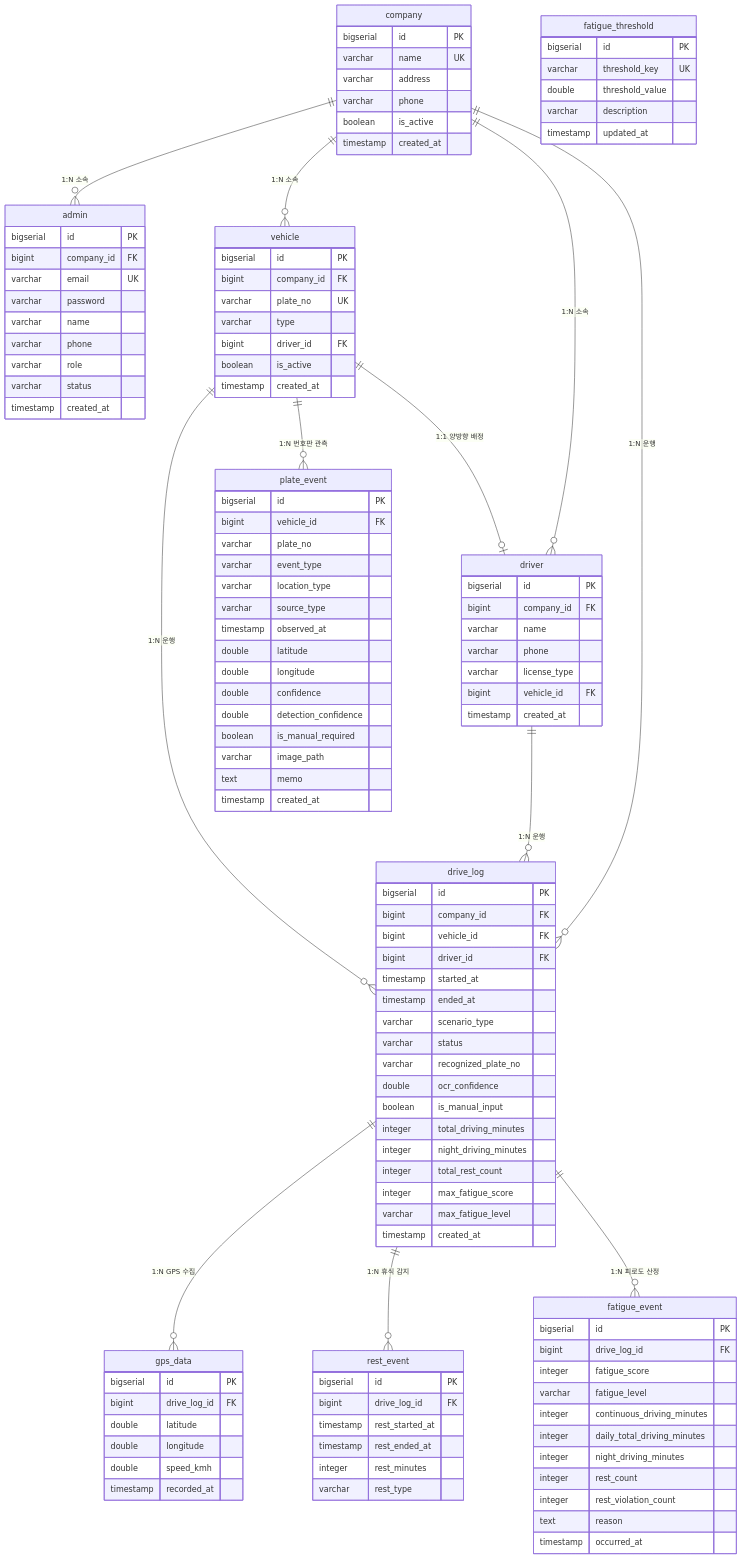
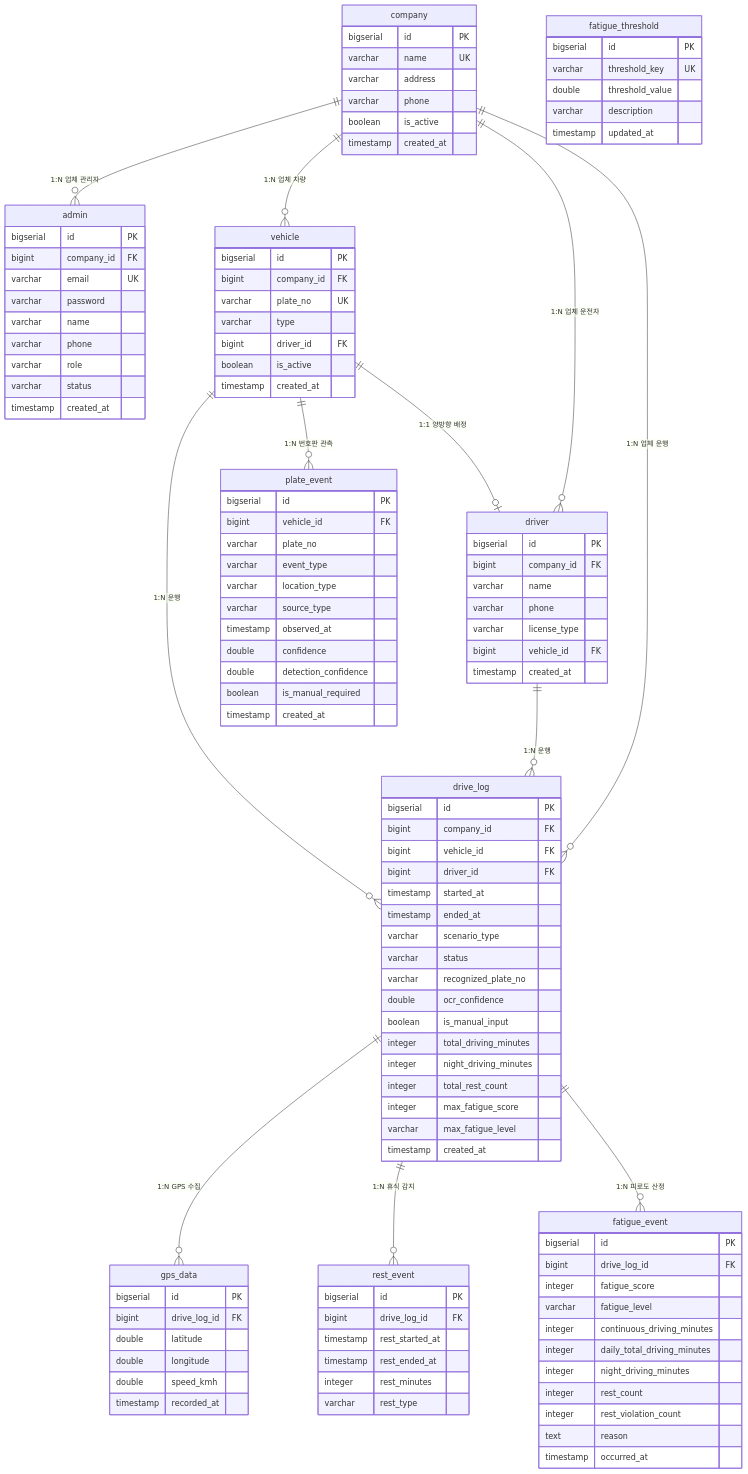
One commit to hwandroid921/logmile changed the diagram in logmile_deliverable/logmile_DB설계서.md. Above: the diagram before and after it, drawn with Mermaid. The commit also changed other lines of this file and 11 other files, not shown here.

```diff
--- a/logmile_deliverable/logmile_DB설계서.md
+++ b/logmile_deliverable/logmile_DB설계서.md
@@ -37,42 +49,42 @@
 erDiagram
     company {
         bigserial id PK
-        varchar   name       UK
-        varchar   address
-        varchar   phone
-        boolean   is_active
-        timestamp created_at
+        varchar    name        UK
+        varchar    address
+        varchar    phone
+        boolean    is_active
+        timestamp  created_at
     }
 
     admin {
         bigserial id PK
-        bigint    company_id FK
-        varchar   email      UK
-        varchar   password
-        varchar   name
-        varchar   phone
-        varchar   role
-        varchar   status
-        timestamp created_at
+        bigint     company_id  FK
+        varchar    email       UK
+        varchar    password
+        varchar    name
+        varchar    phone
+        varchar    role
+        varchar    status
+        timestamp  created_at
     }
 
     vehicle {
         bigserial id PK
-        bigint    company_id FK
-        varchar   plate_no   UK
+        bigint    company_id  FK
+        varchar   plate_no    UK
         varchar   type
-        bigint    driver_id  FK
+        bigint    driver_id   FK
         boolean   is_active
         timestamp created_at
     }
 
     driver {
         bigserial id PK
-        bigint    company_id FK
+        bigint    company_id  FK
         varchar   name
         varchar   phone
         varchar   license_type
-        bigint    vehicle_id FK
+        bigint    vehicle_id  FK
         timestamp created_at
     }
 
@@ -96,27 +108,9 @@
         timestamp created_at
     }
 
-    plate_event {
-        bigserial id PK
-        bigint    vehicle_id          FK
-        varchar   plate_no
-        varchar   event_type
-        varchar   location_type
-        varchar   source_type
-        timestamp observed_at
-        double    latitude
-        double    longitude
-        double    confidence
-        double    detection_confidence
-        boolean   is_manual_required
-        varchar   image_path
-        text      memo
-        timestamp created_at
-    }
-
     gps_data {
         bigserial id PK
-        bigint    drive_log_id FK
+        bigint    drive_log_id  FK
         double    latitude
         double    longitude
         double    speed_kmh
@@ -148,16 +142,30 @@
 
     fatigue_threshold {
         bigserial id PK
-        varchar   threshold_key UK
+        varchar   threshold_key    UK
         double    threshold_value
         varchar   description
         timestamp updated_at
     }
 
-    company     ||--o{  admin         : "1:N 소속"
-    company     ||--o{  vehicle       : "1:N 소속"
-    company     ||--o{  driver        : "1:N 소속"
-    company     ||--o{  drive_log     : "1:N 운행"
+    plate_event {
+        bigserial id PK
+        bigint    vehicle_id FK
+        varchar   plate_no
+        varchar   event_type
+        varchar   location_type
+        varchar   source_type
+        timestamp observed_at
+        double    confidence
+        double    detection_confidence
+        boolean   is_manual_required
+        timestamp created_at
+    }
+
+    company     ||--o{  admin         : "1:N 업체 관리자"
+    company     ||--o{  vehicle       : "1:N 업체 차량"
+    company     ||--o{  driver        : "1:N 업체 운전자"
+    company     ||--o{  drive_log     : "1:N 업체 운행"
     vehicle     ||--o|  driver        : "1:1 양방향 배정"
     driver      ||--o{  drive_log     : "1:N 운행"
     vehicle     ||--o{  drive_log     : "1:N 운행"
```
